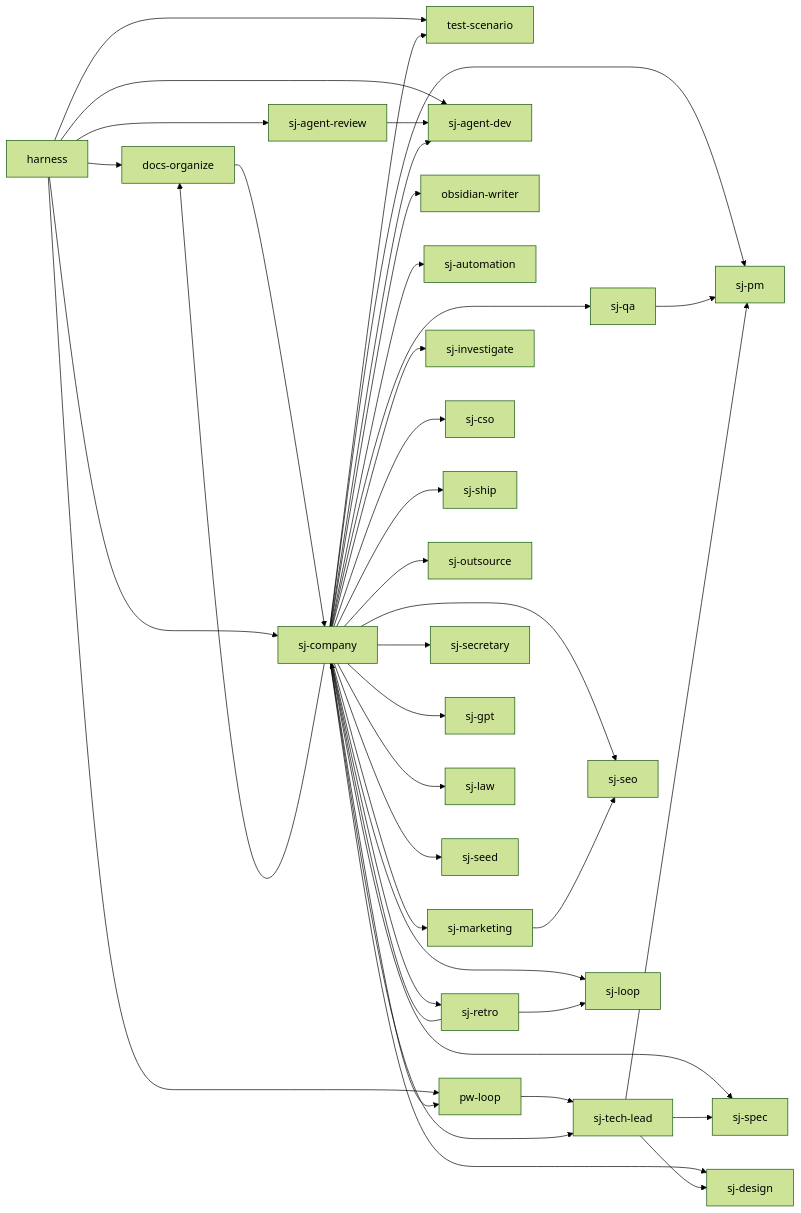
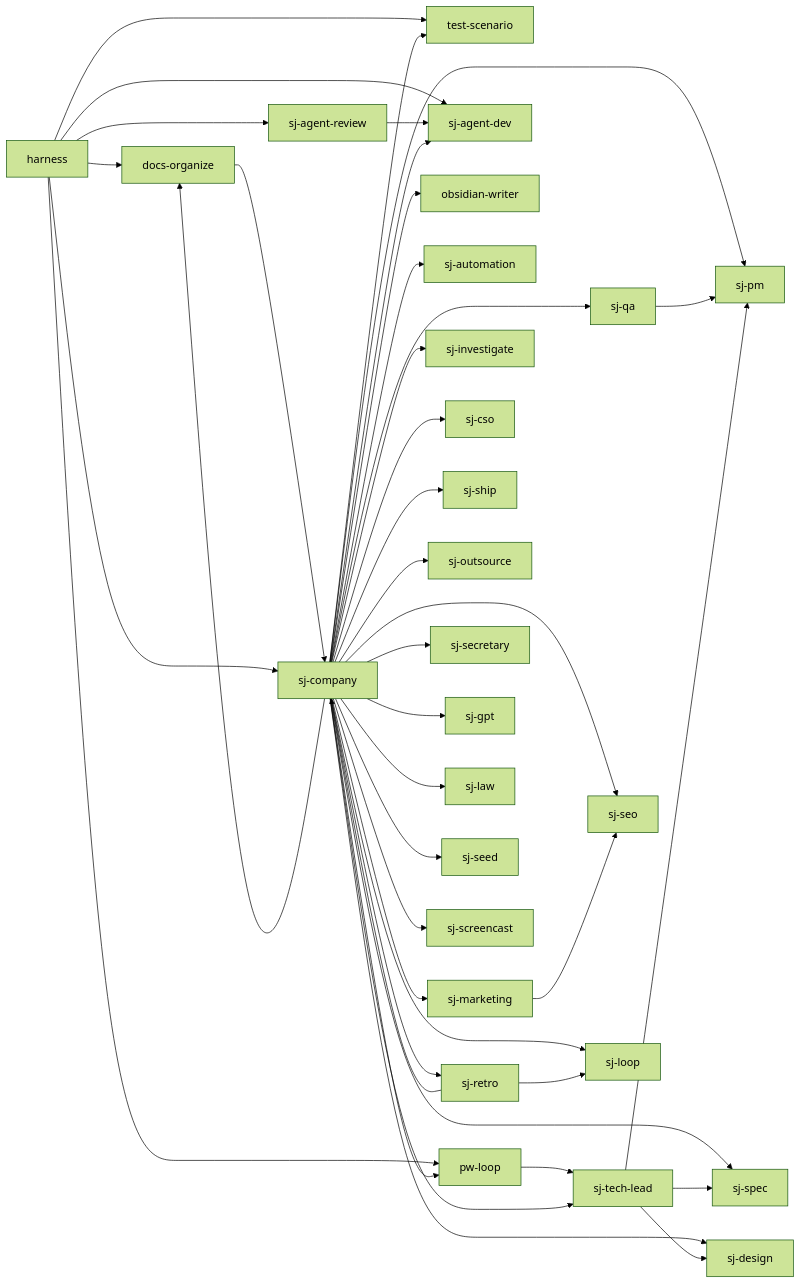
Before and after one commit to s0613/S-skills: the diagram in docs/FEATURE-MAP.md, drawn with Mermaid (forest theme). The commit also changed other lines of this file and 8 other files, not shown here.

````diff
--- a/docs/FEATURE-MAP.md
+++ b/docs/FEATURE-MAP.md
@@ -6,42 +6,43 @@
 ```mermaid
 flowchart LR
   F01[docs-organize] --> F08[sj-company]
   F02[harness] --> F01
   F02 --> F26[test-scenario]
   F02 --> F04[pw-loop]
   F02 --> F08
   F02 --> F06[sj-agent-review]
   F02 --> F05[sj-agent-dev]
   F04 --> F25[sj-tech-lead]
   F06 --> F05
   F08 --> F18[sj-pm]
   F08 --> F25
   F08 --> F19[sj-qa]
   F08 --> F03[obsidian-writer]
   F08 --> F07[sj-automation]
   F08 --> F22[sj-seo]
   F08 --> F16[sj-marketing]
   F08 --> F24[sj-spec]
   F08 --> F13[sj-investigate]
   F08 --> F05
   F08 --> F09[sj-cso]
   F08 --> F23[sj-ship]
   F08 --> F17[sj-outsource]
   F08 --> F20[sj-retro]
   F08 --> F10[sj-design]
   F08 --> F21[sj-secretary]
   F08 --> F26
   F08 --> F04
   F08 --> F01
   F08 --> F15[sj-loop]
   F08 --> F12[sj-gpt]
   F08 --> F14[sj-law]
   F08 --> F27[sj-seed]
+  F08 --> F28[sj-screencast]
   F16 --> F22
   F19 --> F18
   F20 --> F08
   F20 --> F15
   F25 --> F18
   F25 --> F24
   F25 --> F10
 ```
````
